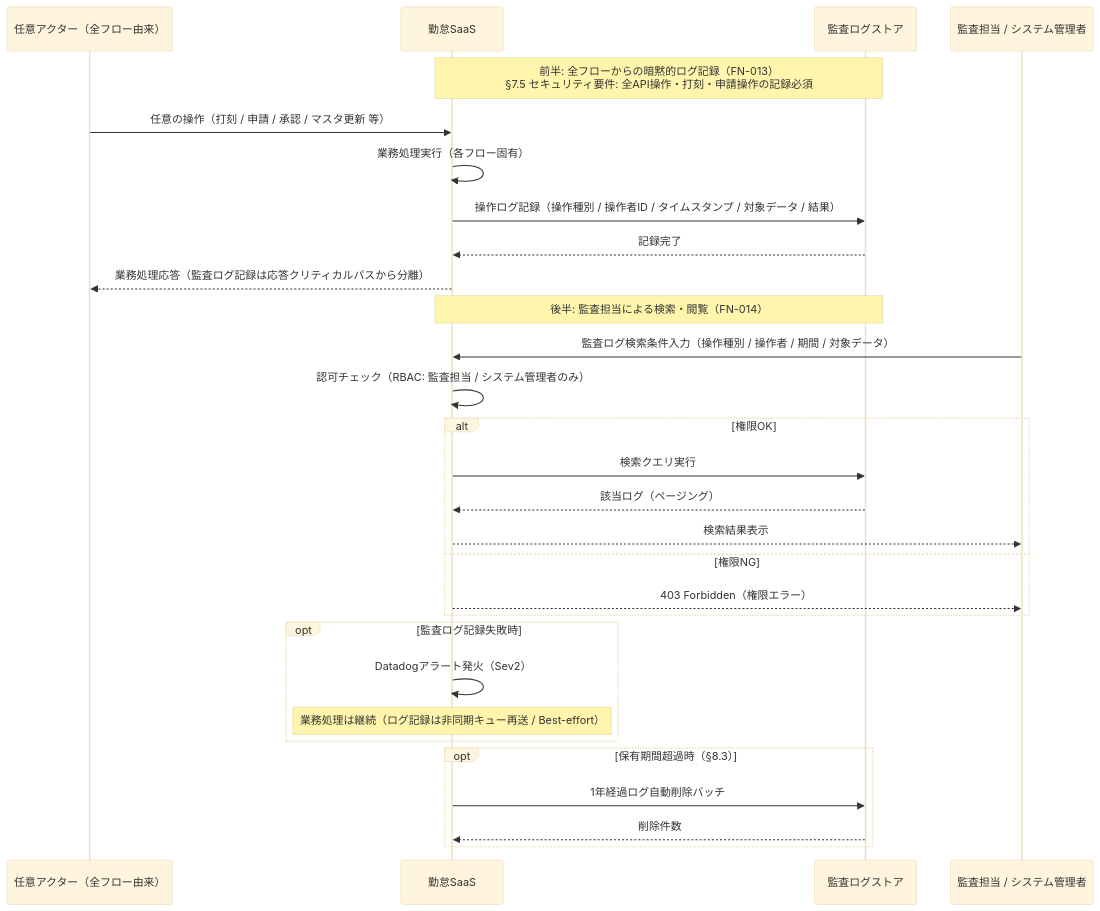
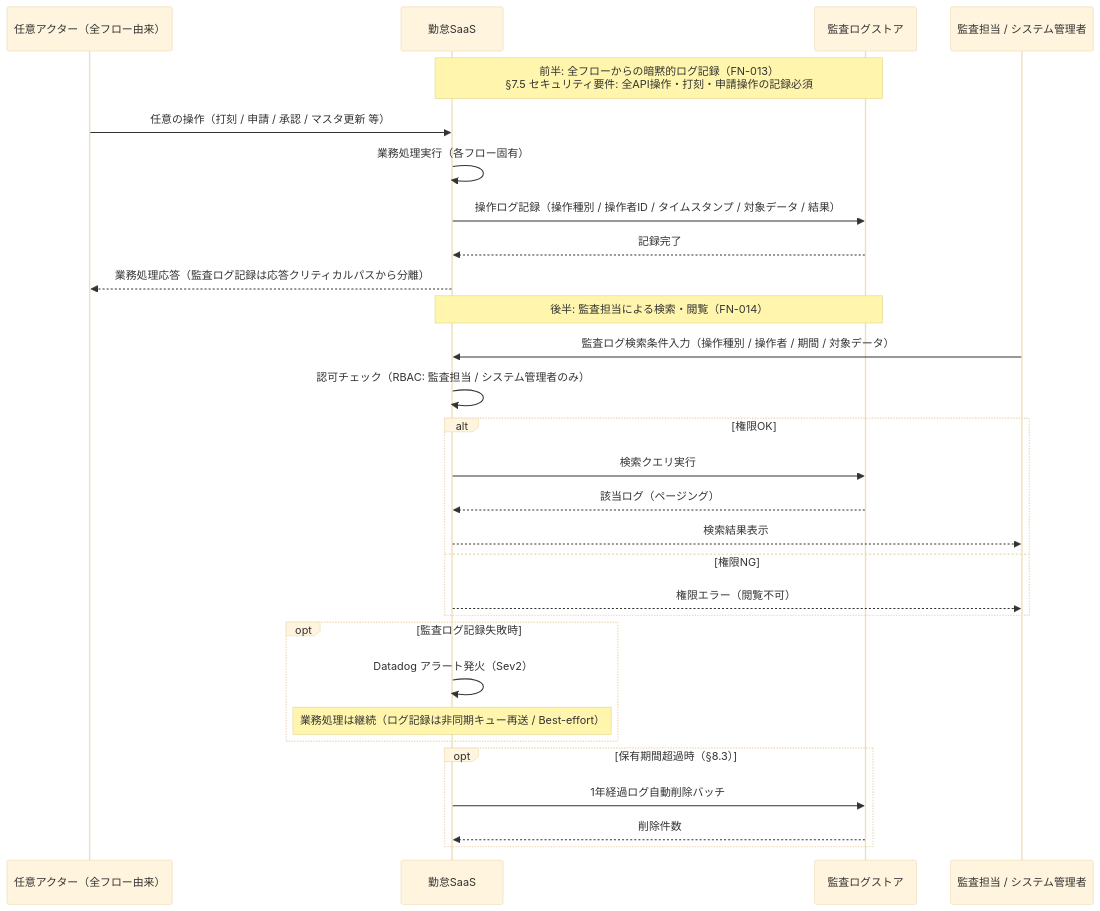
Before and after one commit to einja-inc/einja-management-template: the first of 2 diagrams in docs/einja/example/specs/projects/sample-attendance-saas/function-specs/function-spec-sample-attendance-saas__flow__audit_log.md, drawn with Mermaid (base theme). The commit also changed other lines of this file and 7 other files, not shown here.

````diff
--- a/docs/einja/example/specs/projects/sample-attendance-saas/function-specs/function-spec-sample-attendance-saas__flow__audit_log.md
+++ b/docs/einja/example/specs/projects/sample-attendance-saas/function-specs/function-spec-sample-attendance-saas__flow__audit_log.md
@@ -67,38 +80,38 @@
 ```mermaid
 sequenceDiagram
     participant User as 任意アクター（全フロー由来）
     participant Sys as 勤怠SaaS
     participant AuditLog as 監査ログストア
     participant Auditor as 監査担当 / システム管理者
 
     Note over Sys,AuditLog: 前半: 全フローからの暗黙的ログ記録（FN-013）<br/>§7.5 セキュリティ要件: 全API操作・打刻・申請操作の記録必須
 
     User->>Sys: 任意の操作（打刻 / 申請 / 承認 / マスタ更新 等）
     Sys->>Sys: 業務処理実行（各フロー固有）
     Sys->>AuditLog: 操作ログ記録（操作種別 / 操作者ID / タイムスタンプ / 対象データ / 結果）
     AuditLog-->>Sys: 記録完了
     Sys-->>User: 業務処理応答（監査ログ記録は応答クリティカルパスから分離）
 
     Note over Sys,AuditLog: 後半: 監査担当による検索・閲覧（FN-014）
 
     Auditor->>Sys: 監査ログ検索条件入力（操作種別 / 操作者 / 期間 / 対象データ）
     Sys->>Sys: 認可チェック（RBAC: 監査担当 / システム管理者のみ）
 
     alt 権限OK
         Sys->>AuditLog: 検索クエリ実行
         AuditLog-->>Sys: 該当ログ（ページング）
         Sys-->>Auditor: 検索結果表示
     else 権限NG
-        Sys-->>Auditor: 403 Forbidden（権限エラー）
+        Sys-->>Auditor: 権限エラー（閲覧不可）
     end
 
     opt 監査ログ記録失敗時
-        Sys->>Sys: Datadogアラート発火（Sev2）
+        Sys->>Sys: Datadog アラート発火（Sev2）
         Note over Sys: 業務処理は継続（ログ記録は非同期キュー再送 / Best-effort）
     end
 
     opt 保有期間超過時（§8.3）
         Sys->>AuditLog: 1年経過ログ自動削除バッチ
         AuditLog-->>Sys: 削除件数
     end
 ```
````
